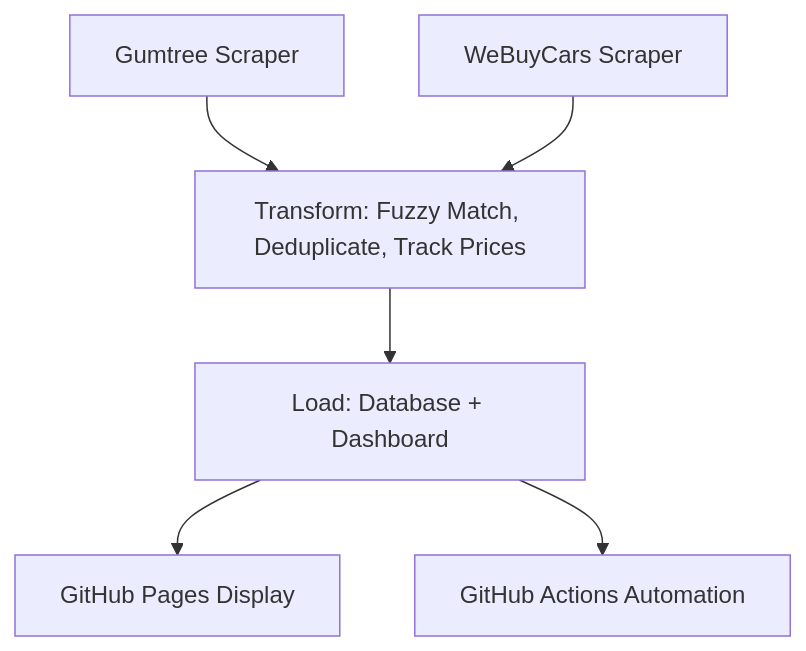
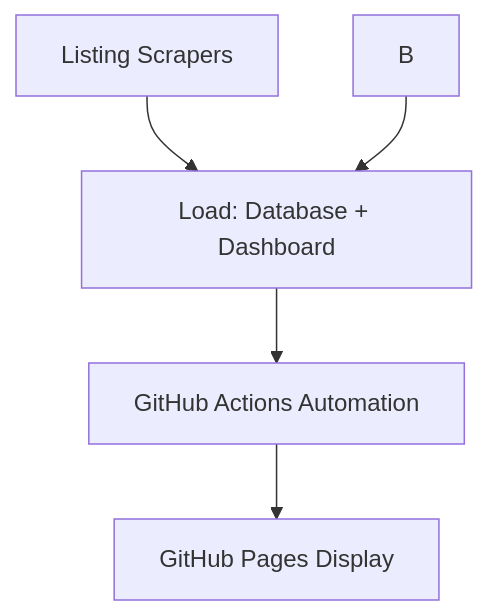
The diagram in README.md (BarnardF/Motorcycle-listing-web-scraper), drawn with Mermaid before and after one commit.

````diff
--- a/README.md
+++ b/README.md
@@ -22,8 +22,7 @@
 ```mermaid
 flowchart TD
-    A[Gumtree Scraper] --> C[Transform: Fuzzy Match, Deduplicate, Track Prices]
-    B[WeBuyCars Scraper] --> C
-    C --> D[Load: Database + Dashboard]
+    A[Listing Scrapers] --> C[Transform: Fuzzy Match, Deduplicate, Track Prices]
+    B --> C[Load: Database + Dashboard]
+    C --> D[GitHub Actions Automation]
     D --> E[GitHub Pages Display]
-    D --> F[GitHub Actions Automation]
 ```
````
